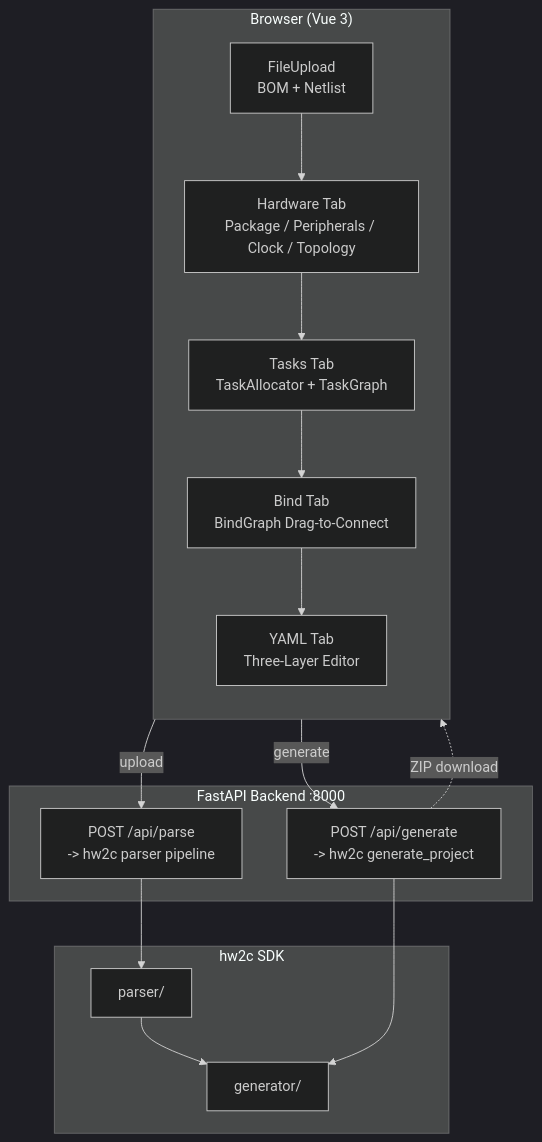
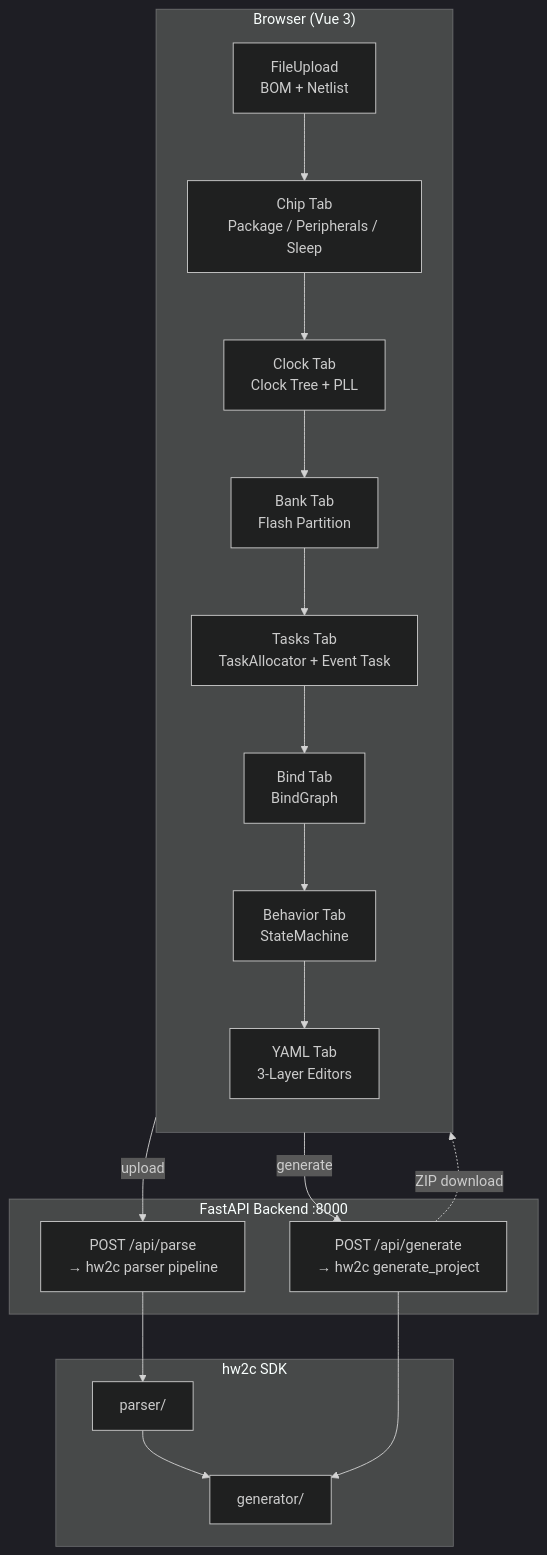
One commit to jinliangliu/hw2c-web changed the second of 2 diagrams in README.md. Above: the diagram before and after it, drawn with Mermaid (dark theme). The commit also changed other lines of this file and 22 other files, not shown here.

First line of the commit message:
feat: global event task dispatcher with queue depth, remove TaskGraph

````diff
--- a/README.md
+++ b/README.md
@@ -187,23 +258,26 @@
 ```mermaid
 flowchart TB
     subgraph Browser["Browser (Vue 3)"]
         direction TB
-        FH["FileUpload<br>BOM + Netlist"] --> HW["Hardware Tab<br>Package / Peripherals / Clock / Topology"]
-        HW --> TASK["Tasks Tab<br>TaskAllocator + TaskGraph"]
-        TASK --> BIND["Bind Tab<br>BindGraph Drag-to-Connect"]
-        BIND --> YAML["YAML Tab<br>Three-Layer Editor"]
+        FH["FileUpload<br>BOM + Netlist"] --> CHIP["Chip Tab<br>Package / Peripherals / Sleep"]
+        CHIP --> CLOCK["Clock Tab<br>Clock Tree + PLL"]
+        CLOCK --> BANK["Bank Tab<br>Flash Partition"]
+        BANK --> TASK["Tasks Tab<br>TaskAllocator + Event Task"]
+        TASK --> BIND["Bind Tab<br>BindGraph"]
+        BIND --> BEH["Behavior Tab<br>StateMachine"]
+        BEH --> YAML["YAML Tab<br>3-Layer Editors"]
     end
 
     subgraph API["FastAPI Backend :8000"]
-        PARSE["POST /api/parse<br>-> hw2c parser pipeline"]
-        GEN["POST /api/generate<br>-> hw2c generate_project"]
+        PARSE["POST /api/parse<br>→ hw2c parser pipeline"]
+        GEN["POST /api/generate<br>→ hw2c generate_project"]
     end
 
     subgraph Engine["hw2c SDK"]
         P["parser/"] --> G["generator/"]
     end
 
     Browser -->|"upload"| PARSE --> P
     YAML -->|"generate"| GEN --> G
     GEN -.->|"ZIP download"| Browser
 ```
````
